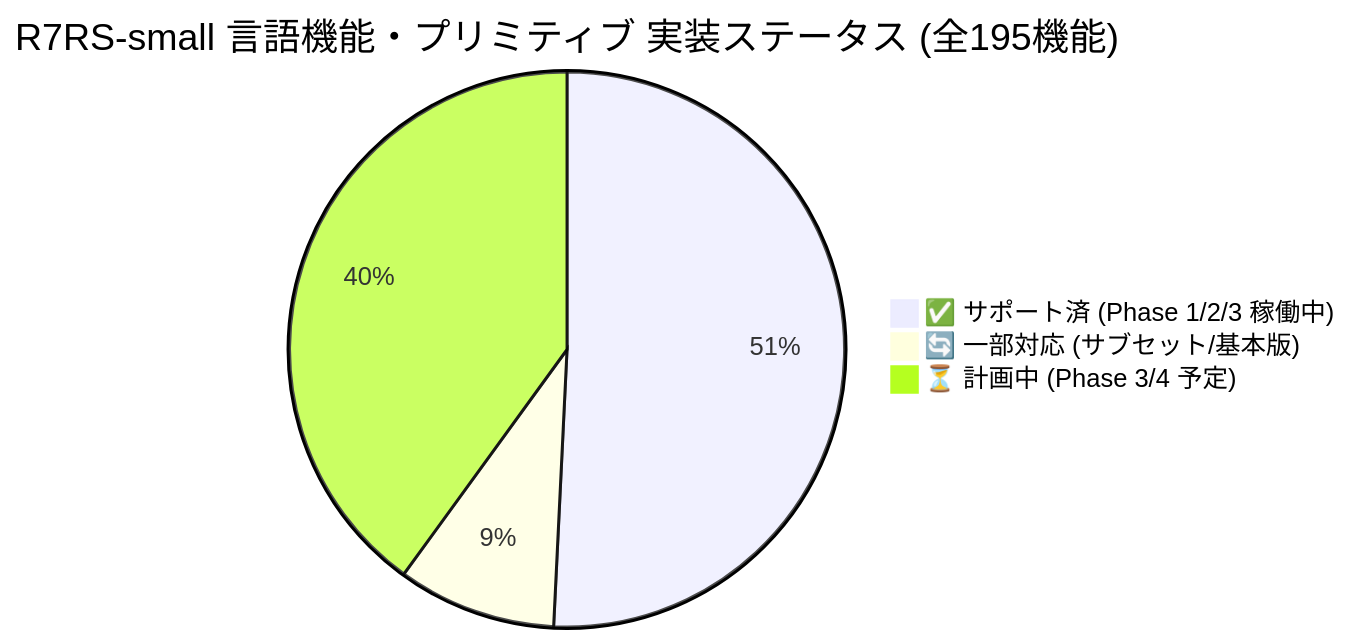
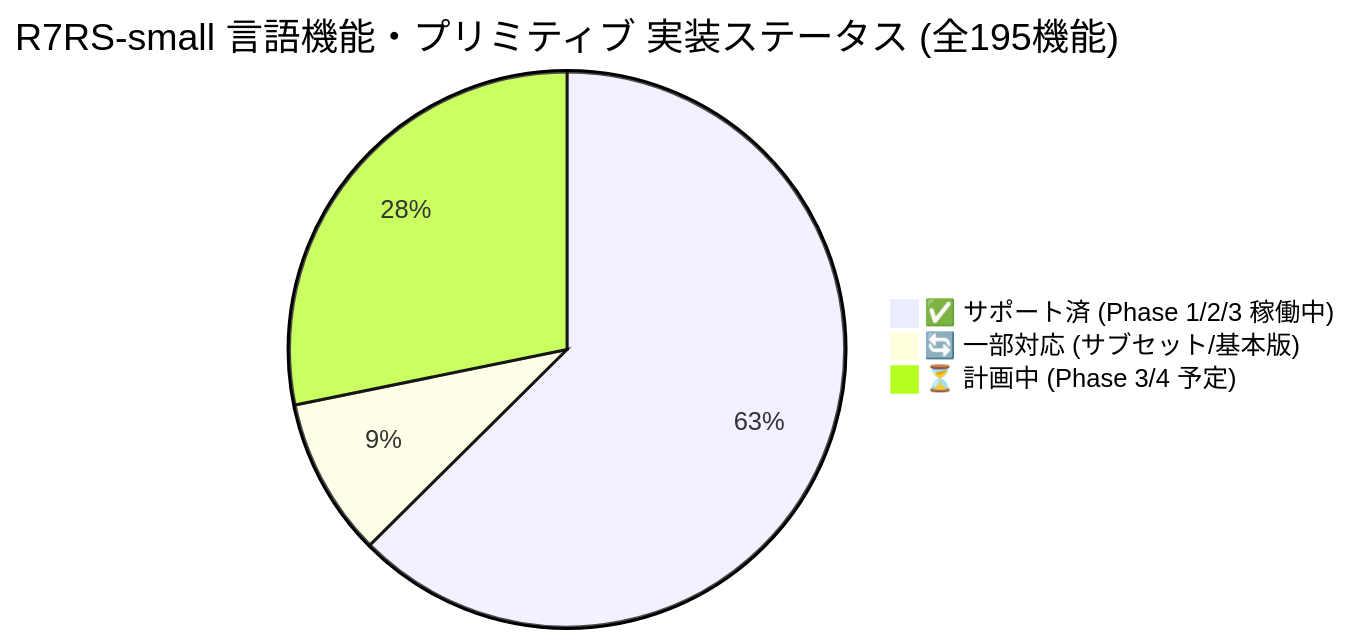
The first of 3 diagrams in ilisp/docs/SPEC_R7RS.md (rokujyouhitoma/arxiv-security-papers), drawn with Mermaid before and after one commit. The commit also changed other lines of this file and 11 other files, not shown here.

````diff
--- a/ilisp/docs/SPEC_R7RS.md
+++ b/ilisp/docs/SPEC_R7RS.md
@@ -17,6 +17,6 @@
 ```mermaid
 pie title R7RS-small 言語機能・プリミティブ 実装ステータス (全195機能)
-    "✅ サポート済 (Phase 1/2/3 稼働中)" : 99
+    "✅ サポート済 (Phase 1/2/3 稼働中)" : 122
     "🔄 一部対応 (サブセット/基本版)" : 18
-    "⏳ 計画中 (Phase 3/4 予定)" : 78
+    "⏳ 計画中 (Phase 3/4 予定)" : 55
 ```
````
